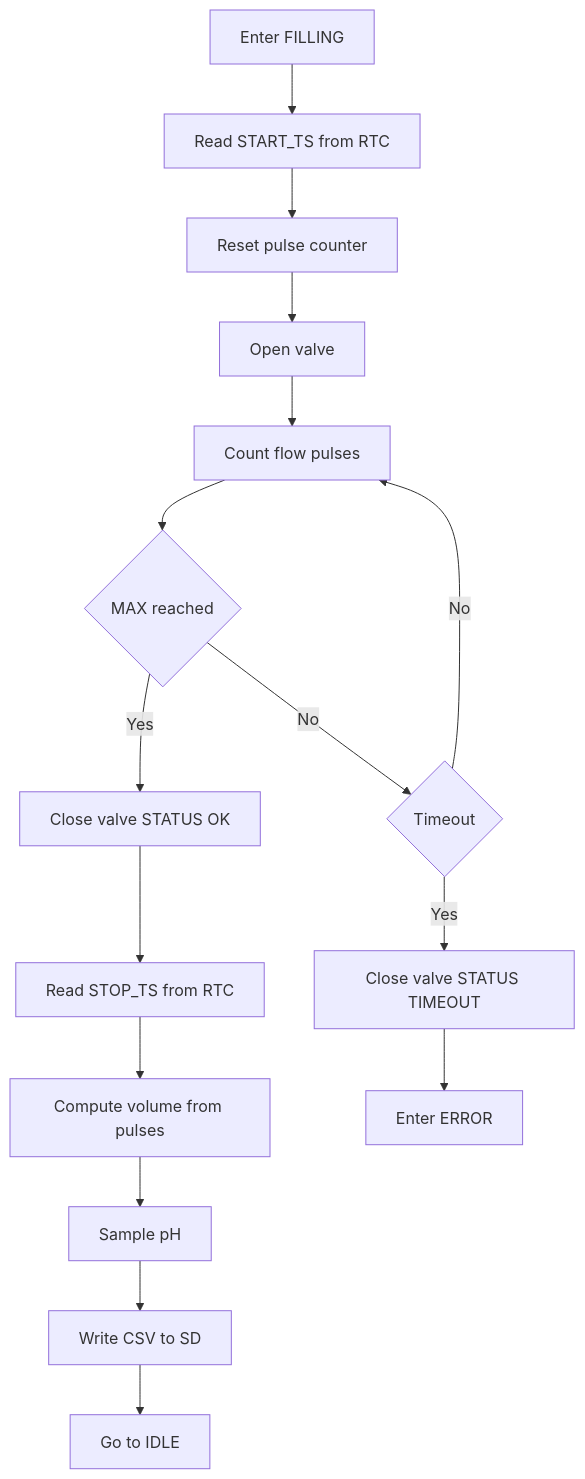
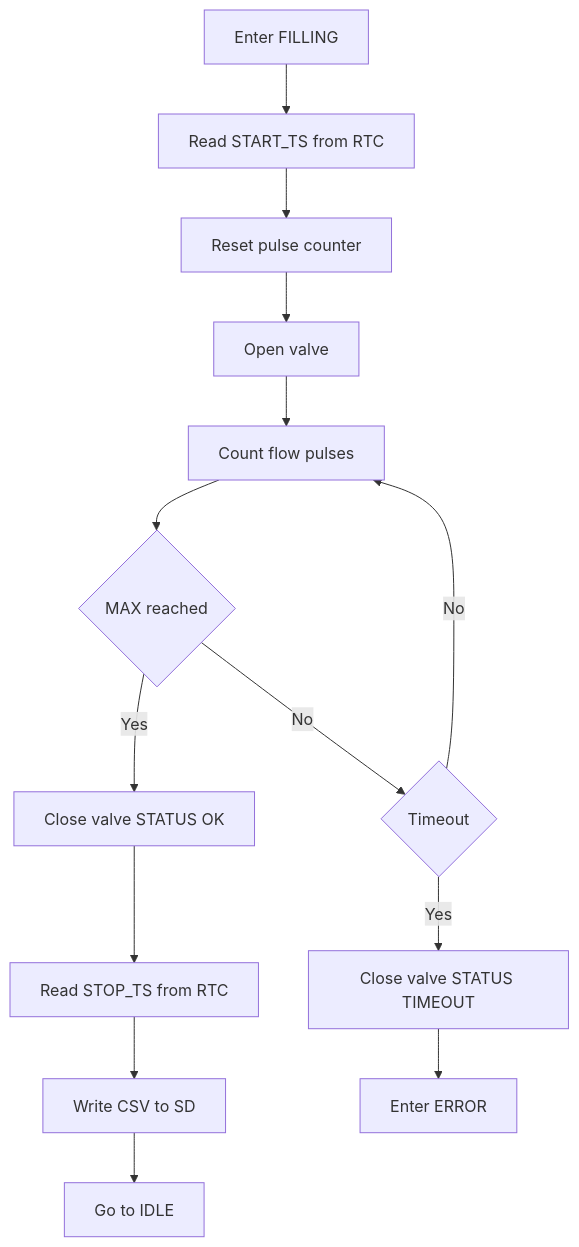
One commit to Mvil34998/Colant-automation changed the diagram in Documentation/Coolant_FILLING_ultra.mmd. Above: the diagram before and after it, drawn with Mermaid. The commit also changed 7 other files, not shown here.

```diff
--- a/Documentation/Coolant_FILLING_ultra.mmd
+++ b/Documentation/Coolant_FILLING_ultra.mmd
@@ -1,17 +1,14 @@
 flowchart TD
 F1[Enter FILLING] --> F2[Read START_TS from RTC]
 F2 --> F3[Reset pulse counter]
 F3 --> F4[Open valve]
 F4 --> F5[Count flow pulses]
 F5 --> F6{MAX reached}
 F6 -- Yes --> F7[Close valve STATUS OK]
 F6 -- No --> F8{Timeout}
 F8 -- No --> F5
 F8 -- Yes --> F9[Close valve STATUS TIMEOUT]
 F7 --> F10[Read STOP_TS from RTC]
-
-F10 --> F11[Compute volume from pulses]
-F11 --> F12[Sample pH]
-F12 --> F13[Write CSV to SD]
+F10 --> F13[Write CSV to SD]
 F13 --> F14[Go to IDLE]
 F9-->E1[Enter ERROR]
```
